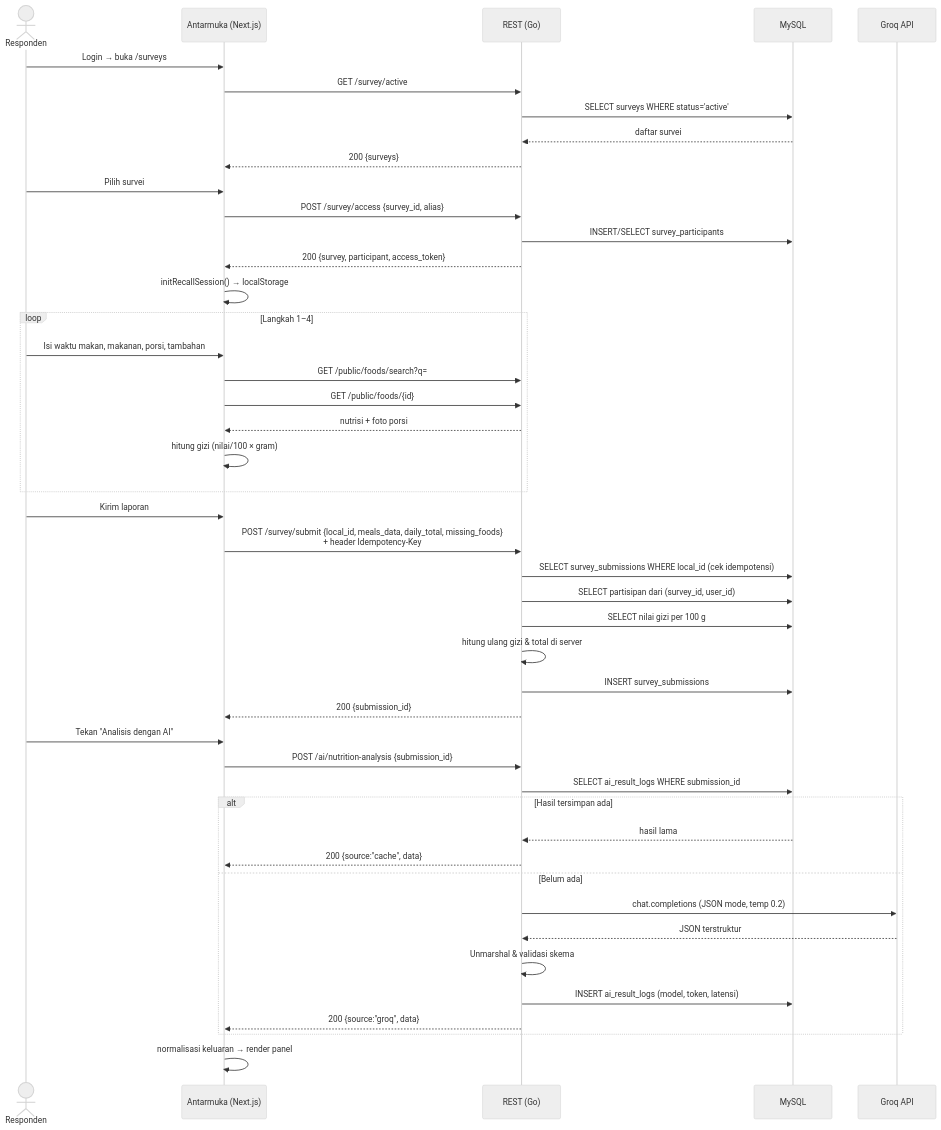
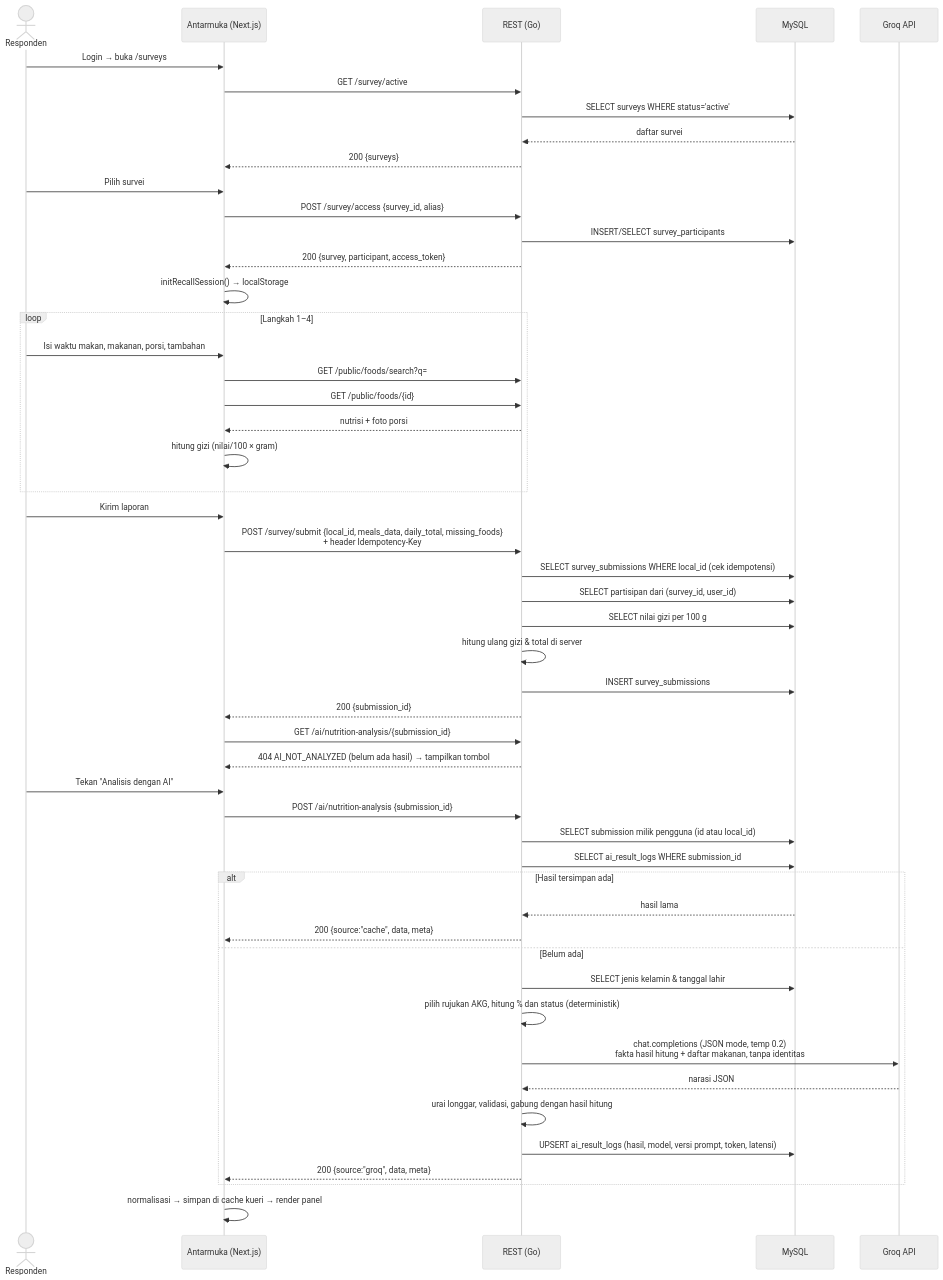
The sixth of 13 diagrams in docs/Skripsi_Atlas_Food_Bab_1-5.md (Babyhex7/atlas_food_frontend), drawn with Mermaid (neutral theme) before and after one commit. The commit also changed other lines of this file and 4 other files, not shown here.

Commit message:
refactor: update AI service, hooks, and types to support offline analysis, error handling, and robust result normalization

````diff
--- a/docs/Skripsi_Atlas_Food_Bab_1-5.md
+++ b/docs/Skripsi_Atlas_Food_Bab_1-5.md
@@ -823,48 +832,53 @@
 ```mermaid
 sequenceDiagram
     actor R as Responden
     participant FE as Antarmuka (Next.js)
     participant API as REST (Go)
     participant DB as MySQL
     participant AI as Groq API
 
     R->>FE: Login → buka /surveys
     FE->>API: GET /survey/active
     API->>DB: SELECT surveys WHERE status='active'
     DB-->>API: daftar survei
     API-->>FE: 200 {surveys}
     R->>FE: Pilih survei
     FE->>API: POST /survey/access {survey_id, alias}
     API->>DB: INSERT/SELECT survey_participants
     API-->>FE: 200 {survey, participant, access_token}
     FE->>FE: initRecallSession() → localStorage
     loop Langkah 1–4
         R->>FE: Isi waktu makan, makanan, porsi, tambahan
         FE->>API: GET /public/foods/search?q=
         FE->>API: GET /public/foods/{id}
         API-->>FE: nutrisi + foto porsi
         FE->>FE: hitung gizi (nilai/100 × gram)
     end
     R->>FE: Kirim laporan
     FE->>API: POST /survey/submit {local_id, meals_data, daily_total, missing_foods}<br/>+ header Idempotency-Key
     API->>DB: SELECT survey_submissions WHERE local_id (cek idempotensi)
     API->>DB: SELECT partisipan dari (survey_id, user_id)
     API->>DB: SELECT nilai gizi per 100 g
     API->>API: hitung ulang gizi & total di server
     API->>DB: INSERT survey_submissions
     API-->>FE: 200 {submission_id}
+    FE->>API: GET /ai/nutrition-analysis/{submission_id}
+    API-->>FE: 404 AI_NOT_ANALYZED (belum ada hasil) → tampilkan tombol
     R->>FE: Tekan "Analisis dengan AI"
     FE->>API: POST /ai/nutrition-analysis {submission_id}
+    API->>DB: SELECT submission milik pengguna (id atau local_id)
     API->>DB: SELECT ai_result_logs WHERE submission_id
     alt Hasil tersimpan ada
         DB-->>API: hasil lama
-        API-->>FE: 200 {source:"cache", data}
+        API-->>FE: 200 {source:"cache", data, meta}
     else Belum ada
-        API->>AI: chat.completions (JSON mode, temp 0.2)
-        AI-->>API: JSON terstruktur
-        API->>API: Unmarshal & validasi skema
-        API->>DB: INSERT ai_result_logs (model, token, latensi)
-        API-->>FE: 200 {source:"groq", data}
+        API->>DB: SELECT jenis kelamin & tanggal lahir
+        API->>API: pilih rujukan AKG, hitung % dan status (deterministik)
+        API->>AI: chat.completions (JSON mode, temp 0.2)<br/>fakta hasil hitung + daftar makanan, tanpa identitas
+        AI-->>API: narasi JSON
+        API->>API: urai longgar, validasi, gabung dengan hasil hitung
+        API->>DB: UPSERT ai_result_logs (hasil, model, versi prompt, token, latensi)
+        API-->>FE: 200 {source:"groq", data, meta}
     end
-    FE->>FE: normalisasi keluaran → render panel
+    FE->>FE: normalisasi → simpan di cache kueri → render panel
 ```
````
